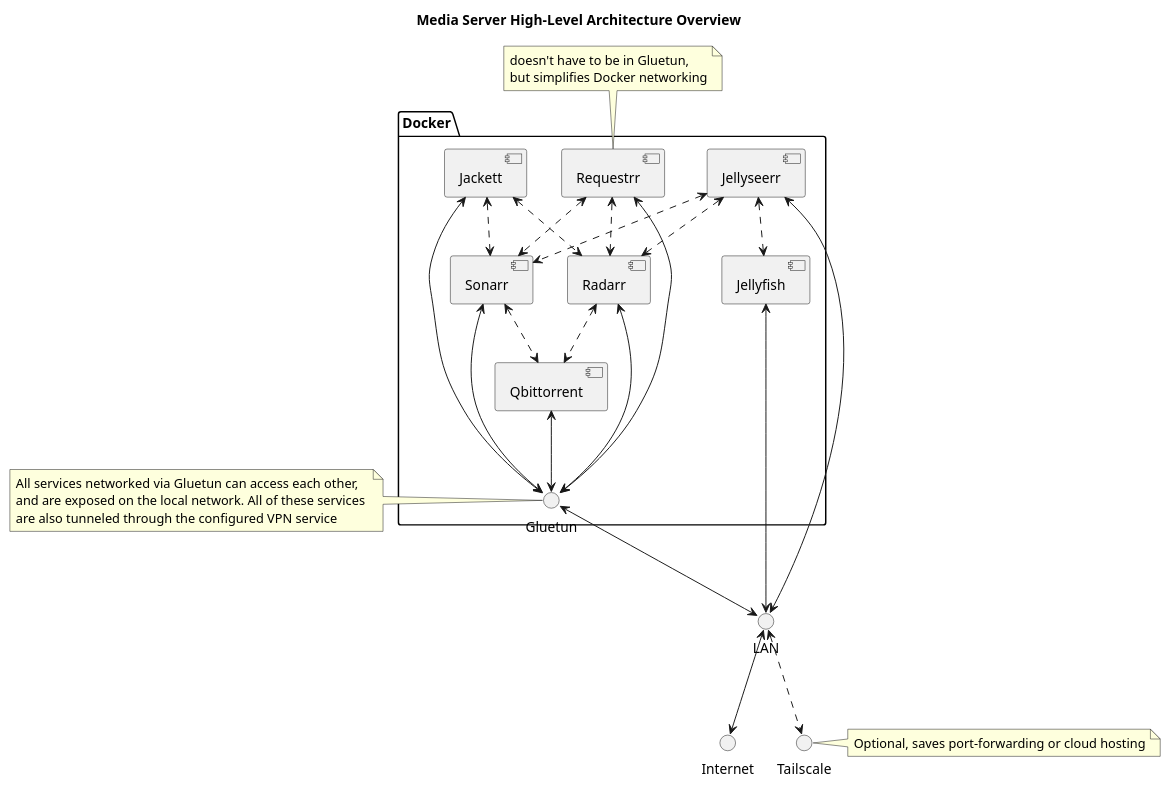
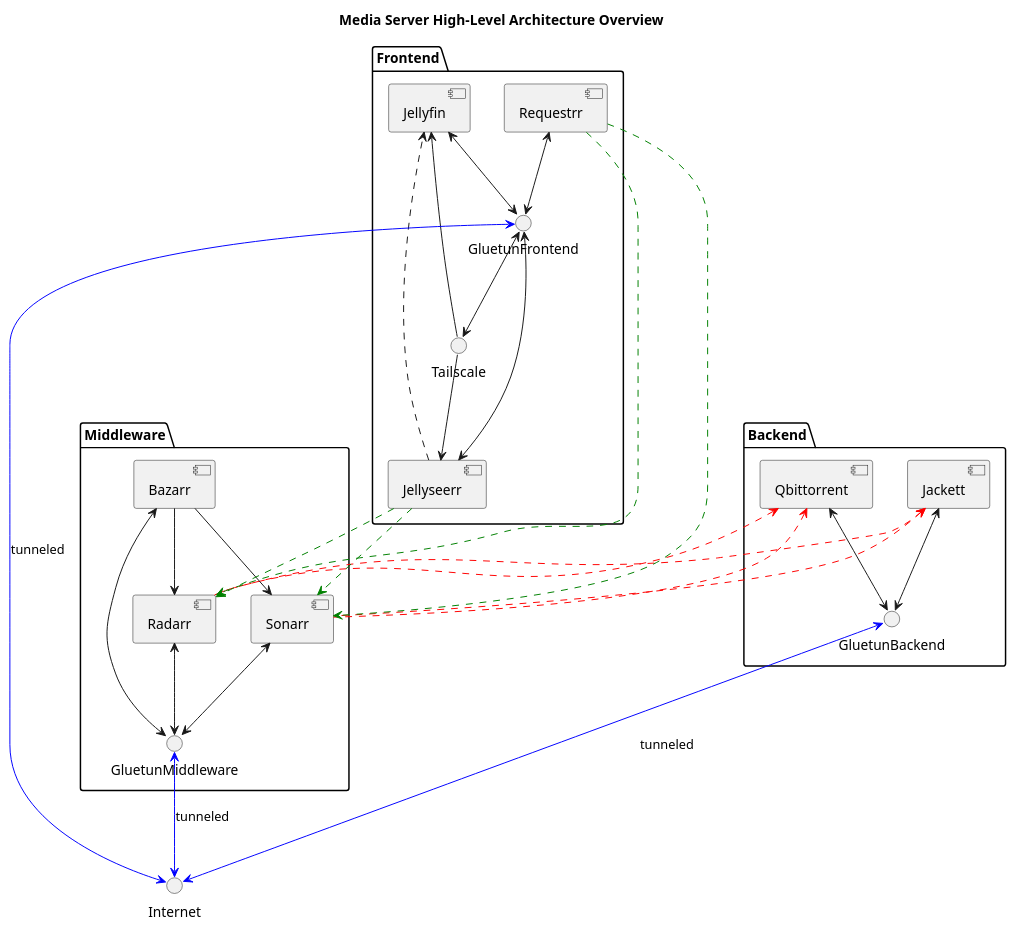
Before and after one commit to mhwdvs/media-server: the diagram in design.puml, drawn with PlantUML. The commit also changed 1 other file, not shown here.

Commit message:
Updated 3-layer design and docker implementation

```diff
--- a/design.puml
+++ b/design.puml
@@ -1,56 +1,57 @@
 @startuml Media Server High-Level Architecture Overview
 title Media Server High-Level Architecture Overview
 
-package Docker{
-    [Jellyfish]
+package Frontend{
+    [Jellyfin]
     [Jellyseerr]
-    [Jackett]
+    [Requestrr]
+    () GluetunFrontend 
+    () Tailscale
+}
+
+package Middleware{
     [Sonarr]
     [Radarr]
-    [Qbittorrent]
-    [Requestrr]
-    () Gluetun
+    [Bazarr]
+    () GluetunMiddleware
 }
 
-Jackett <..> Sonarr
-Jackett <..> Radarr
+package Backend{
+    [Jackett]
+    [Qbittorrent]
+    () GluetunBackend
+}
 
-Sonarr <..> Qbittorrent
-Radarr <..> Qbittorrent
+Jackett <.[#red]. Sonarr
+Jackett <.[#red]. Radarr
+Qbittorrent <.[#red]. Sonarr
+Qbittorrent <.[#red]. Radarr
+Jackett <--> GluetunBackend
+Qbittorrent <--> GluetunBackend
 
-Requestrr <..> Sonarr
-Requestrr <..> Radarr
+Bazarr --> Sonarr
+Bazarr --> Radarr
 
-Jackett <--> Gluetun
-Sonarr <--> Gluetun
-Radarr <--> Gluetun
-Qbittorrent <--> Gluetun
-Requestrr <--> Gluetun
+Bazarr <--> GluetunMiddleware
+Sonarr <--> GluetunMiddleware
+Radarr <--> GluetunMiddleware
 
-note top of Requestrr
-    doesn't have to be in Gluetun,
-    but simplifies Docker networking
-end note
+Jellyseerr ..> Jellyfin
+Jellyseerr .[#green].> Sonarr
+Jellyseerr .[#green].> Radarr
+Requestrr .[#green].> Sonarr
+Requestrr .[#green].> Radarr
 
-Jellyseerr <..> Jellyfish
-Jellyseerr <..> Sonarr
-Jellyseerr <..> Radarr
+Requestrr <--> GluetunFrontend
+Jellyseerr <--> GluetunFrontend
+Jellyfin <--> GluetunFrontend
 
-Jellyseerr <--> LAN
-Jellyfish <--> LAN
-Gluetun <--> LAN
+Tailscale --> Jellyfin
+Tailscale --> Jellyseerr
+GluetunFrontend <--> Tailscale
 
-note left of Gluetun
-    All services networked via Gluetun can access each other,
-    and are exposed on the local network. All of these services 
-    are also tunneled through the configured VPN service
-end note
-
-LAN <..> Tailscale
-LAN <--> Internet
-
-note right of Tailscale
-    Optional, saves port-forwarding or cloud hosting
-end note
+GluetunBackend <-[#blue]-> Internet: tunneled
+GluetunMiddleware <-[#blue]-> Internet: tunneled
+GluetunFrontend <-[#blue]-> Internet: tunneled
 
 @enduml
```
